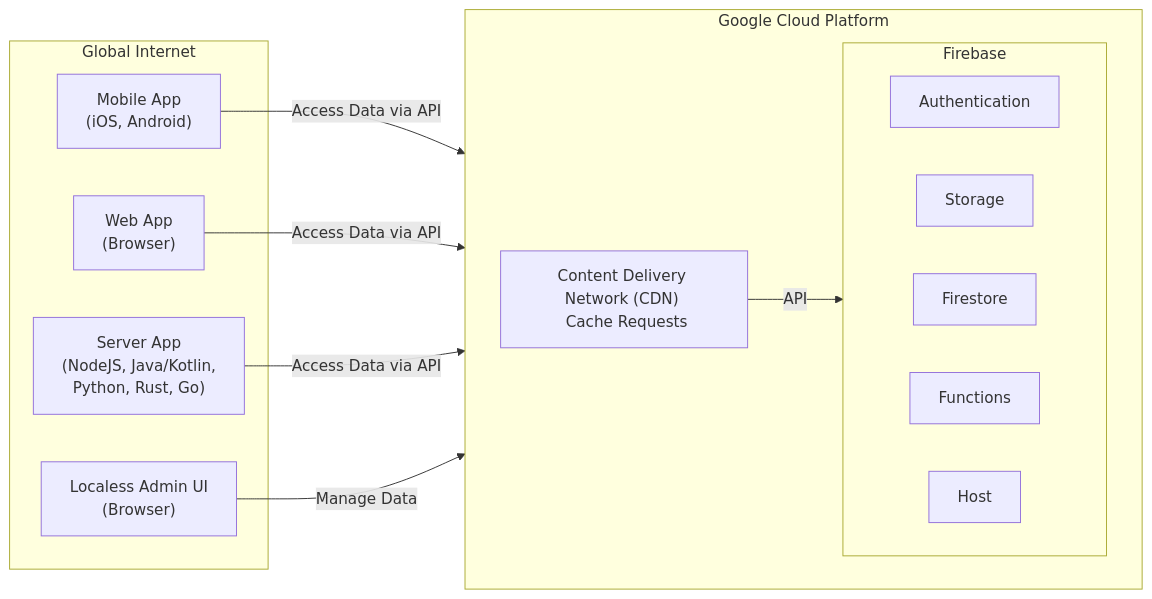
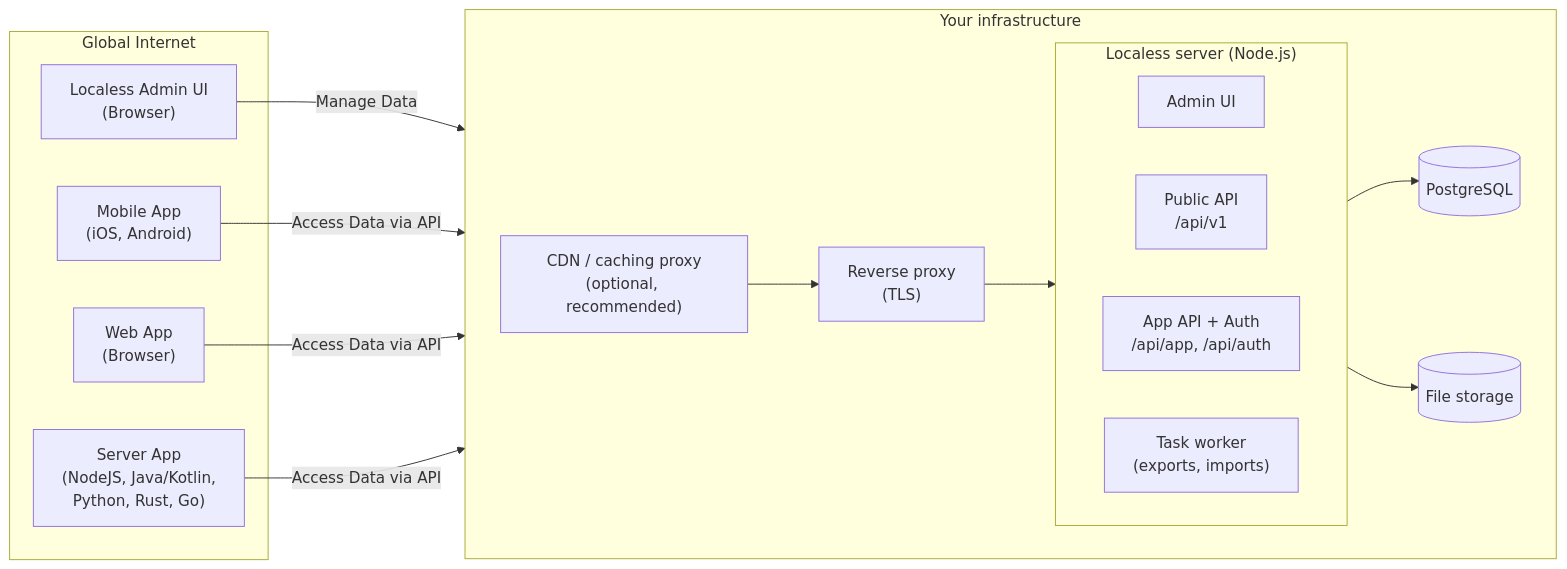
Before and after one commit to Lessify/localess: the diagram in README.md, drawn with Mermaid. The commit also changed other lines of this file and 269 other files, not shown here.

````diff
--- a/README.md
+++ b/README.md
@@ -74,26 +113,31 @@
 ```mermaid
 flowchart LR
-  subgraph Google Cloud Platform
+  subgraph Your infrastructure
     direction LR
-    cdn["Content Delivery Network (CDN) <br/> Cache Requests"]
-    subgraph Firebase
+    cdn["CDN / caching proxy<br/>(optional, recommended)"]
+    proxy["Reverse proxy<br/>(TLS)"]
+    subgraph Localess["Localess server (Node.js)"]
       direction LR
-      auth["Authentication"]
-      storage["Storage"]
-      firestore["Firestore"]
-      functions["Functions"]
-      host["Host"]
+      ui["Admin UI"]
+      api["Public API<br/>/api/v1"]
+      app["App API + Auth<br/>/api/app, /api/auth"]
+      worker["Task worker<br/>(exports, imports)"]
     end
-    cdn -->|API| Firebase
+    postgres[("PostgreSQL")]
+    files[("File storage")]
+    cdn --> proxy
+    proxy --> Localess
+    Localess --> postgres
+    Localess --> files
   end
   subgraph Global Internet
     adminUI["Localess Admin UI<br/>(Browser)"]
     mobileApp["Mobile App<br/>(iOS, Android)"]
     webApp["Web App<br/>(Browser)"]
     serverApp["Server App<br/>(NodeJS, Java/Kotlin, <br/>Python, Rust, Go)"]
   end
-  adminUI -->|Manage Data| Firebase
+  adminUI -->|Manage Data| proxy
   mobileApp -->|Access Data via API| cdn
   webApp -->|Access Data via API| cdn
   serverApp -->|Access Data via API| cdn
 ```
````
